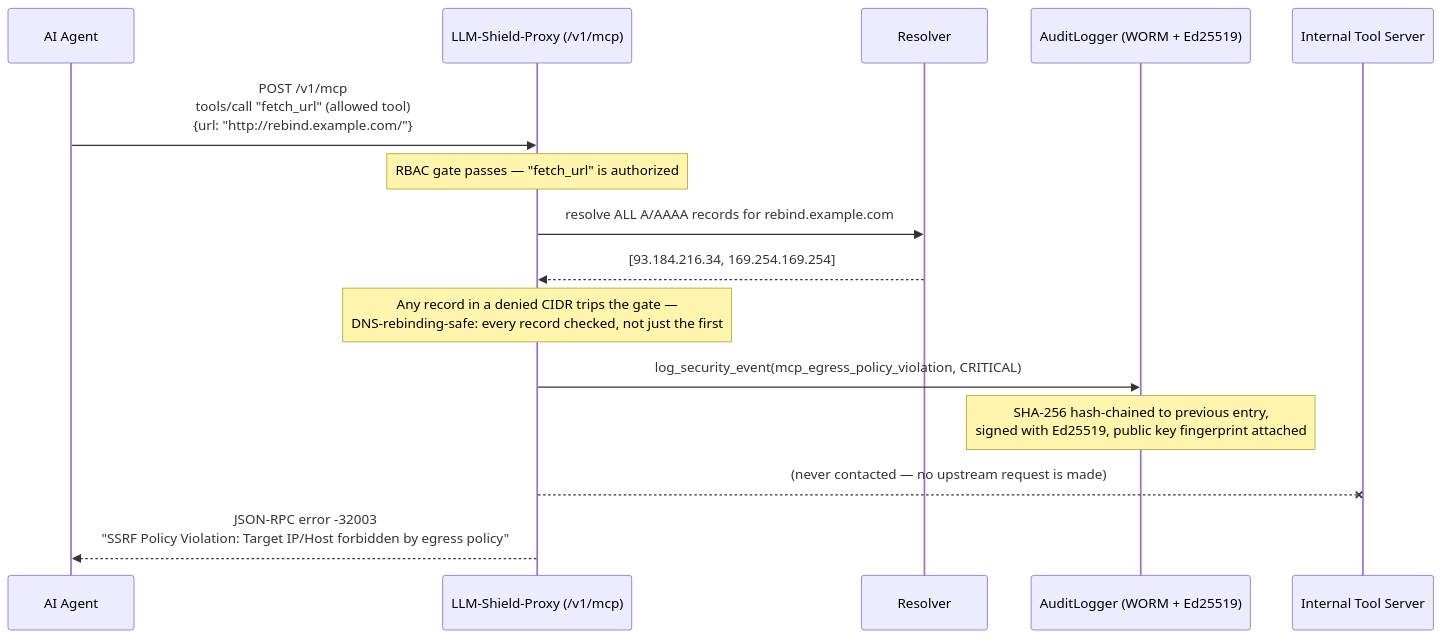
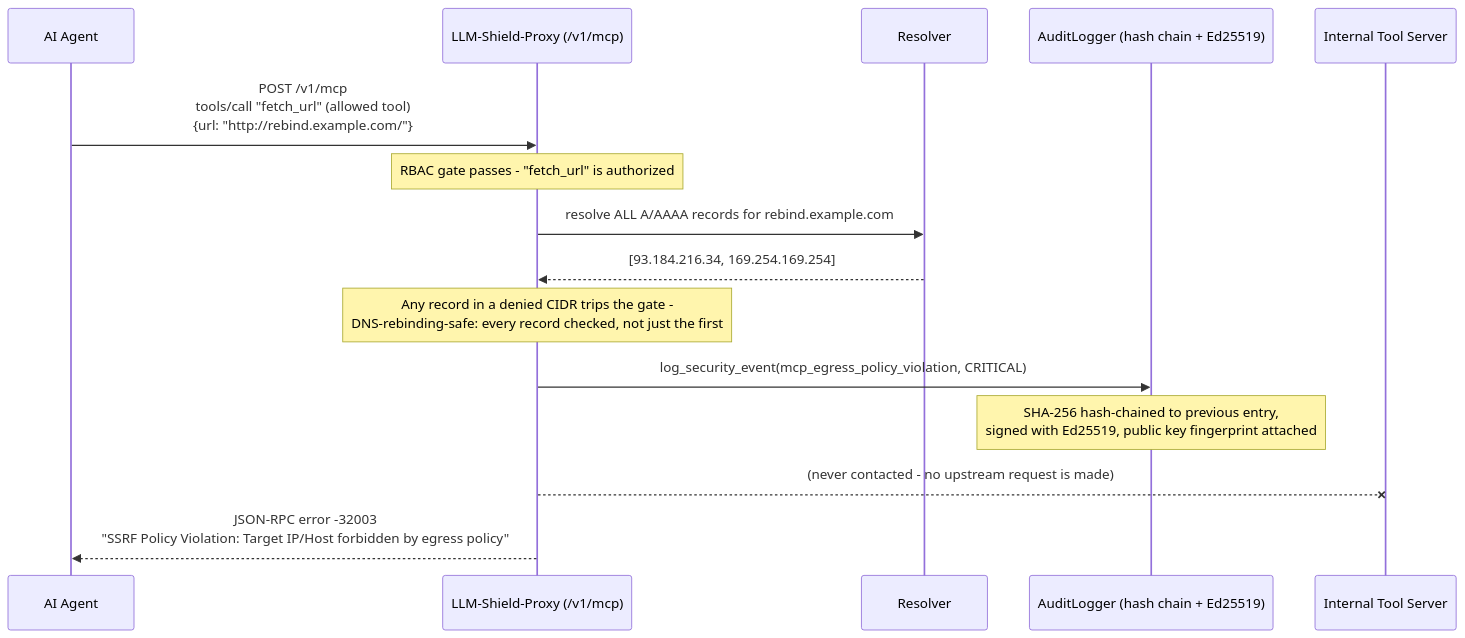
The third of 3 diagrams in website/docs/guides/mcp-tool-governance.md (ninadphalak/LLM-Shield-Proxy), drawn with Mermaid before and after one commit. The commit also changed other lines of this file and 103 other files, not shown here.

````diff
--- a/website/docs/guides/mcp-tool-governance.md
+++ b/website/docs/guides/mcp-tool-governance.md
@@ -93,18 +93,18 @@
 ```mermaid
 sequenceDiagram
     participant Agent as AI Agent
     participant Shield as LLM-Shield-Proxy (/v1/mcp)
     participant DNS as Resolver
-    participant Audit as AuditLogger (WORM + Ed25519)
+    participant Audit as AuditLogger (hash chain + Ed25519)
     participant Tool as Internal Tool Server
 
     Agent->>Shield: POST /v1/mcp<br/>tools/call "fetch_url" (allowed tool)<br/>{url: "http://rebind.example.com/"}
-    Note over Shield: RBAC gate passes — "fetch_url" is authorized
+    Note over Shield: RBAC gate passes - "fetch_url" is authorized
     Shield->>DNS: resolve ALL A/AAAA records for rebind.example.com
     DNS-->>Shield: [93.184.216.34, 169.254.169.254]
-    Note over Shield: Any record in a denied CIDR trips the gate —<br/>DNS-rebinding-safe: every record checked, not just the first
+    Note over Shield: Any record in a denied CIDR trips the gate -<br/>DNS-rebinding-safe: every record checked, not just the first
     Shield->>Audit: log_security_event(mcp_egress_policy_violation, CRITICAL)
     Note over Audit: SHA-256 hash-chained to previous entry,<br/>signed with Ed25519, public key fingerprint attached
-    Shield--xTool: (never contacted — no upstream request is made)
+    Shield--xTool: (never contacted - no upstream request is made)
     Shield-->>Agent: JSON-RPC error -32003<br/>"SSRF Policy Violation: Target IP/Host forbidden by egress policy"
 ```
````
